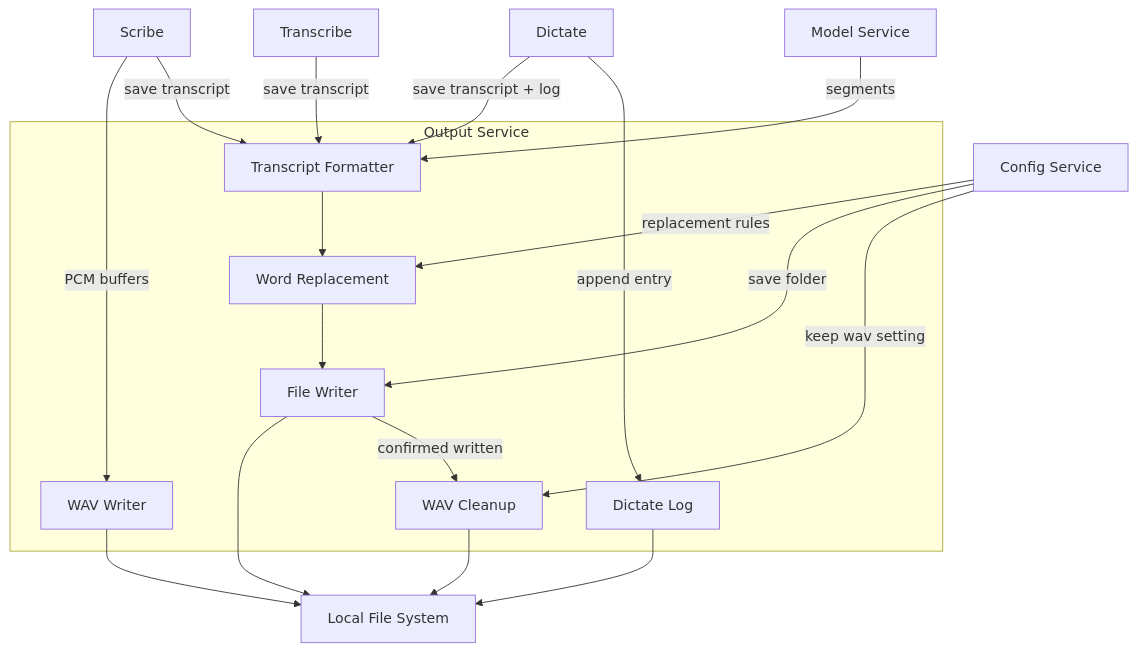
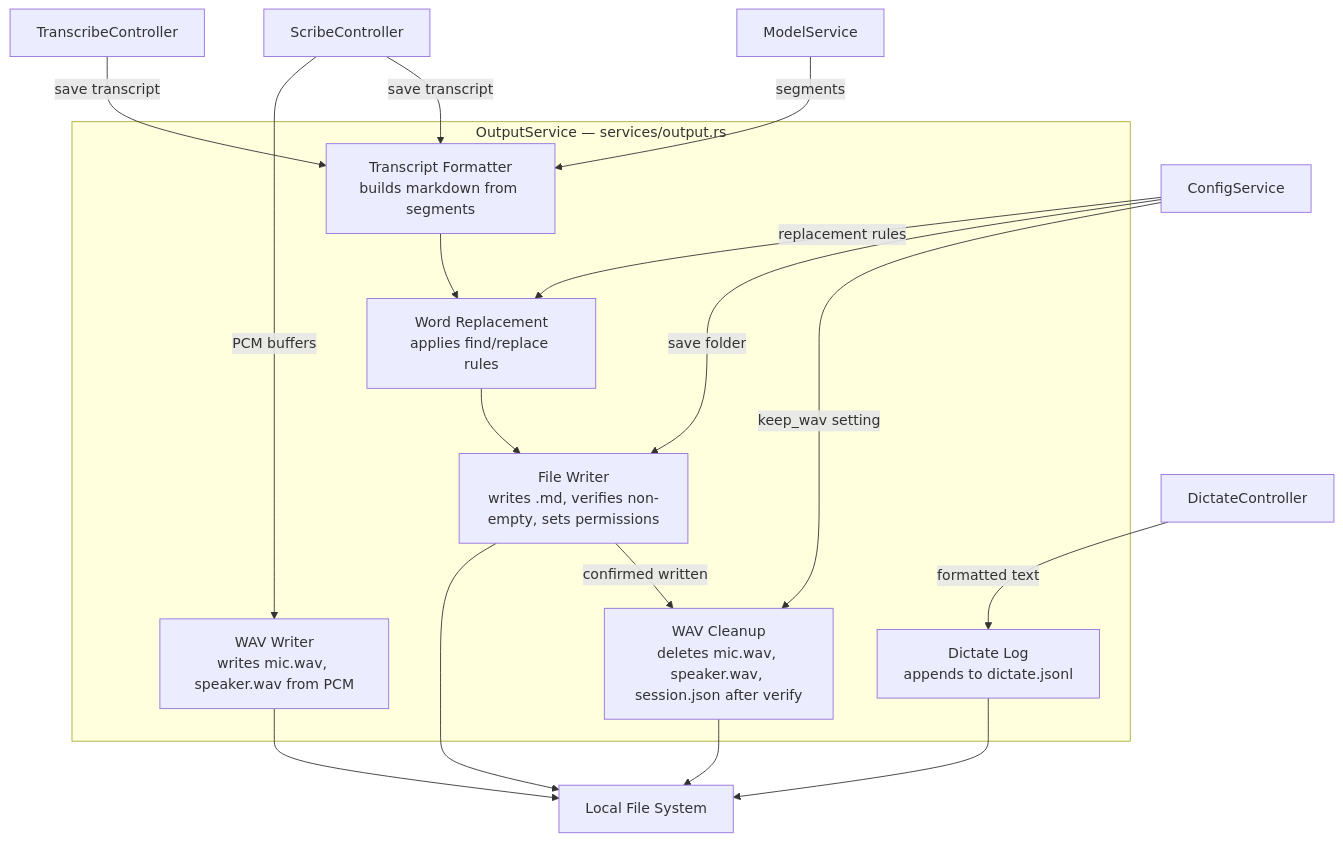
Before and after one commit to Lenniott/scribeFloat: the sixth of 10 diagrams in context/architecture.md, drawn with Mermaid. The commit also changed other lines of this file and 3 other files, not shown here.

First line of the commit message:
Add README, PRIVACY policy, LICENSE and update C4 architecture diagrams

````diff
--- a/context/architecture.md
+++ b/context/architecture.md
@@ -202,35 +293,34 @@
 ```mermaid
 graph TB
-    subgraph output["Output Service"]
-        wav_writer["WAV Writer"]
-        formatter["Transcript Formatter"]
-        replacements["Word Replacement"]
-        file_writer["File Writer"]
-        wav_cleanup["WAV Cleanup"]
-        dictate_log["Dictate Log"]
+    subgraph output["OutputService — services/output.rs"]
+        wav_writer["WAV Writer\nwrites mic.wav, speaker.wav from PCM"]
+        formatter["Transcript Formatter\nbuilds markdown from segments"]
+        replacements["Word Replacement\napplies find/replace rules"]
+        file_writer["File Writer\nwrites .md, verifies non-empty, sets permissions"]
+        wav_cleanup["WAV Cleanup\ndeletes mic.wav, speaker.wav, session.json after verify"]
+        dictate_log["Dictate Log\nappends to dictate.jsonl"]
     end
 
-    config["Config Service"]
+    config["ConfigService"]
     fs["Local File System"]
-    scribe["Scribe"]
-    dictate["Dictate"]
-    transcribe["Transcribe"]
-    model["Model Service"]
+    ctrl_scribe["ScribeController"]
+    ctrl_dictate["DictateController"]
+    ctrl_transcribe["TranscribeController"]
+    svc_model["ModelService"]
 
-    scribe -->|"PCM buffers"| wav_writer
-    scribe -->|"save transcript"| formatter
-    dictate -->|"save transcript + log"| formatter
-    dictate -->|"append entry"| dictate_log
-    transcribe -->|"save transcript"| formatter
-    model -->|"segments"| formatter
+    ctrl_scribe -->|"PCM buffers"| wav_writer
+    ctrl_scribe -->|"save transcript"| formatter
+    ctrl_dictate -->|"formatted text"| dictate_log
+    ctrl_transcribe -->|"save transcript"| formatter
+    svc_model -->|"segments"| formatter
     formatter --> replacements
     replacements --> file_writer
     file_writer --> fs
     file_writer -->|"confirmed written"| wav_cleanup
     wav_writer --> fs
     wav_cleanup --> fs
     dictate_log --> fs
     config -->|"replacement rules"| replacements
     config -->|"save folder"| file_writer
-    config -->|"keep wav setting"| wav_cleanup
+    config -->|"keep_wav setting"| wav_cleanup
 ```
````
